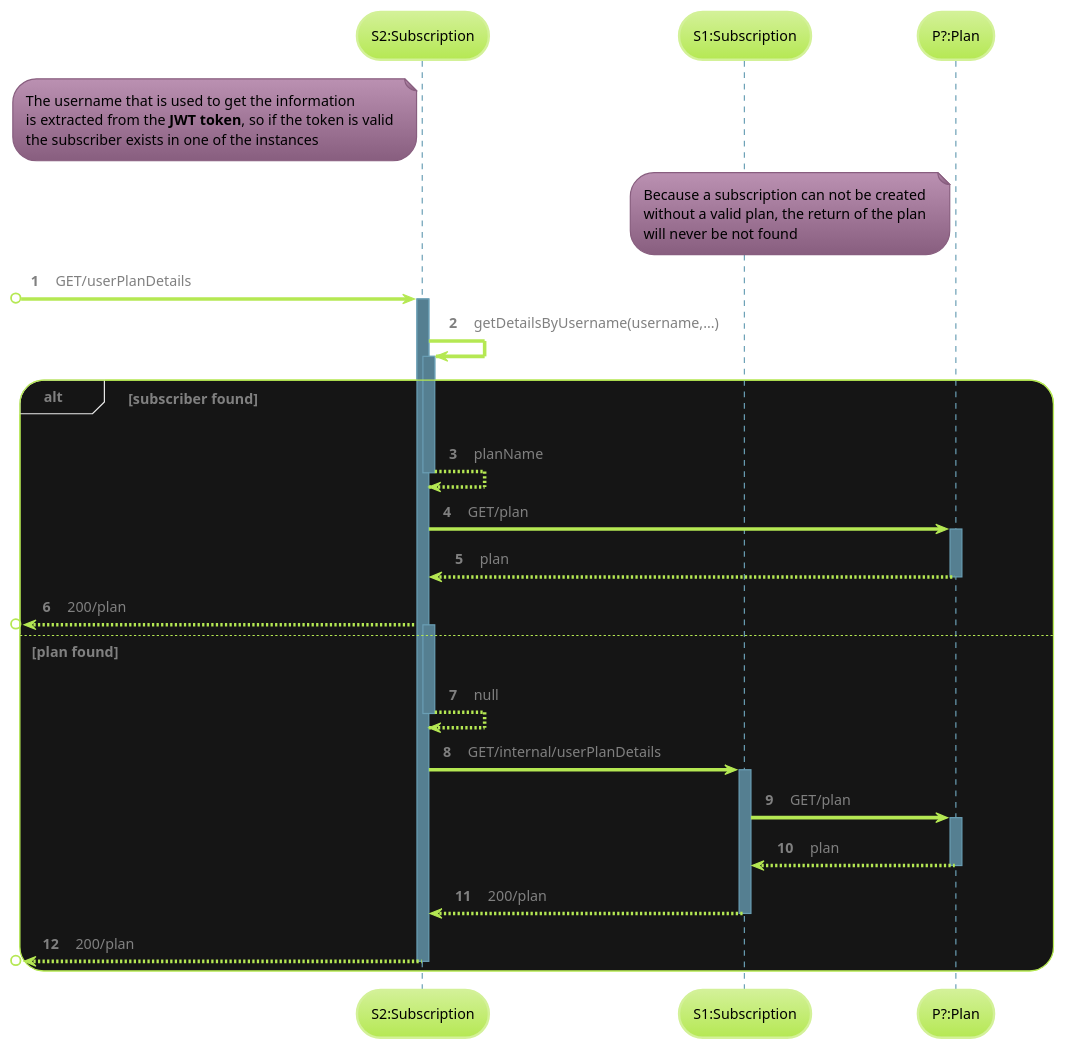
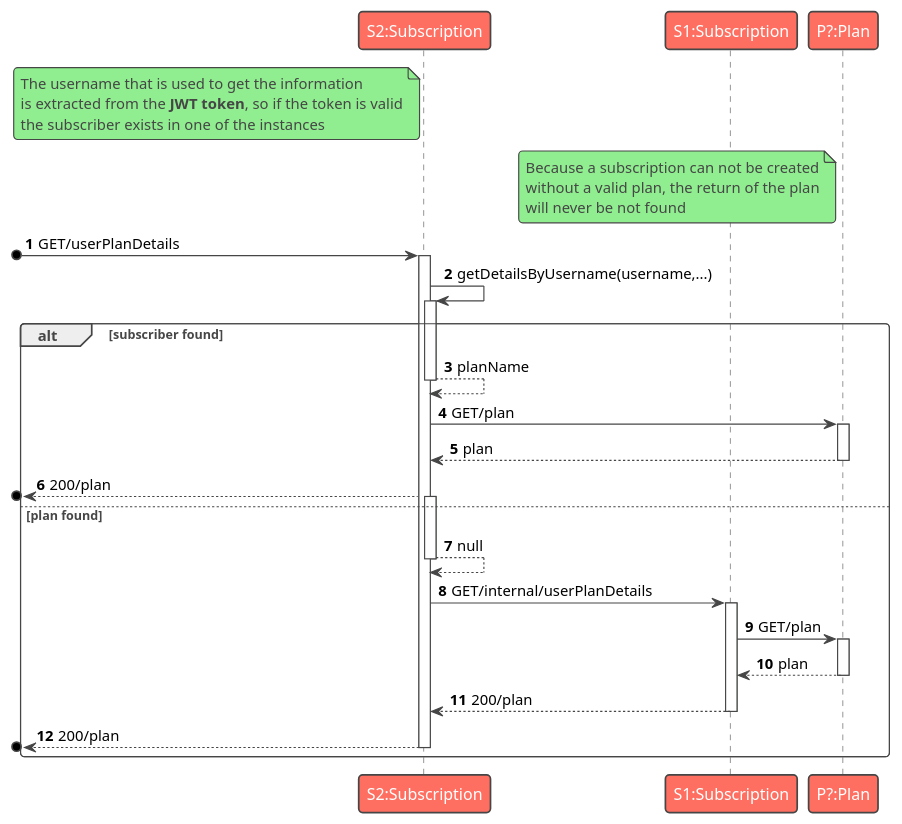
The diagram in sidis-project1-protobuf/docs/SubscriptionsDocs/UC7/UC7-SDN2.puml (tam65r/protobuf-in-REST-aplication), drawn with PlantUML before and after one commit. The commit also changed 27 other files, not shown here.

```diff
--- a/sidis-project1-protobuf/docs/SubscriptionsDocs/UC7/UC7-SDN2.puml
+++ b/sidis-project1-protobuf/docs/SubscriptionsDocs/UC7/UC7-SDN2.puml
@@ -1,73 +1,69 @@
 @startuml
 'https://plantuml.com/sequence-diagram
 
 autonumber
 
-!theme hacker
+!theme toy
 
 
-
-skinparam defaultFontColor Grey
-skinparam participantFontColor Black
-skinparam noteFontColor Black
-
+skinparam backgroundColor Transparent
 participant "S2:Subscription" as S2
 participant "S1:Subscription" as S1
 participant "P?:Plan" as P1
 
 note left of S2
     The username that is used to get the information
     is extracted from the **JWT token**, so if the token is valid
     the subscriber exists in one of the instances
 end note
 
 note left of P1
     Because a subscription can not be created
     without a valid plan, the return of the plan
     will never be not found
 end note
 
 [o-> S2: GET/userPlanDetails
 activate S2
 
 S2 -> S2: getDetailsByUsername(username,...)
 activate S2
 alt subscriber found
 S2 --> S2: planName
 deactivate S2
 
 S2 -> P1: GET/plan
 activate P1
 P1 -->S2: plan
 deactivate P1
 
 [o<-- S2: 200/plan
 else plan found
 activate S2
 S2 --> S2: null
 deactivate S2
 
 S2 -> S1: GET/internal/userPlanDetails
 activate S1
 
 S1 -> P1: GET/plan
 activate P1
 P1 -->S1: plan
 deactivate P1
 
 
 S1 --> S2: 200/plan
 
 
 deactivate S1
 
 [o<-- S2: 200/plan
 deactivate S2
 
 
 end
 
 
 
 
 @enduml
```
